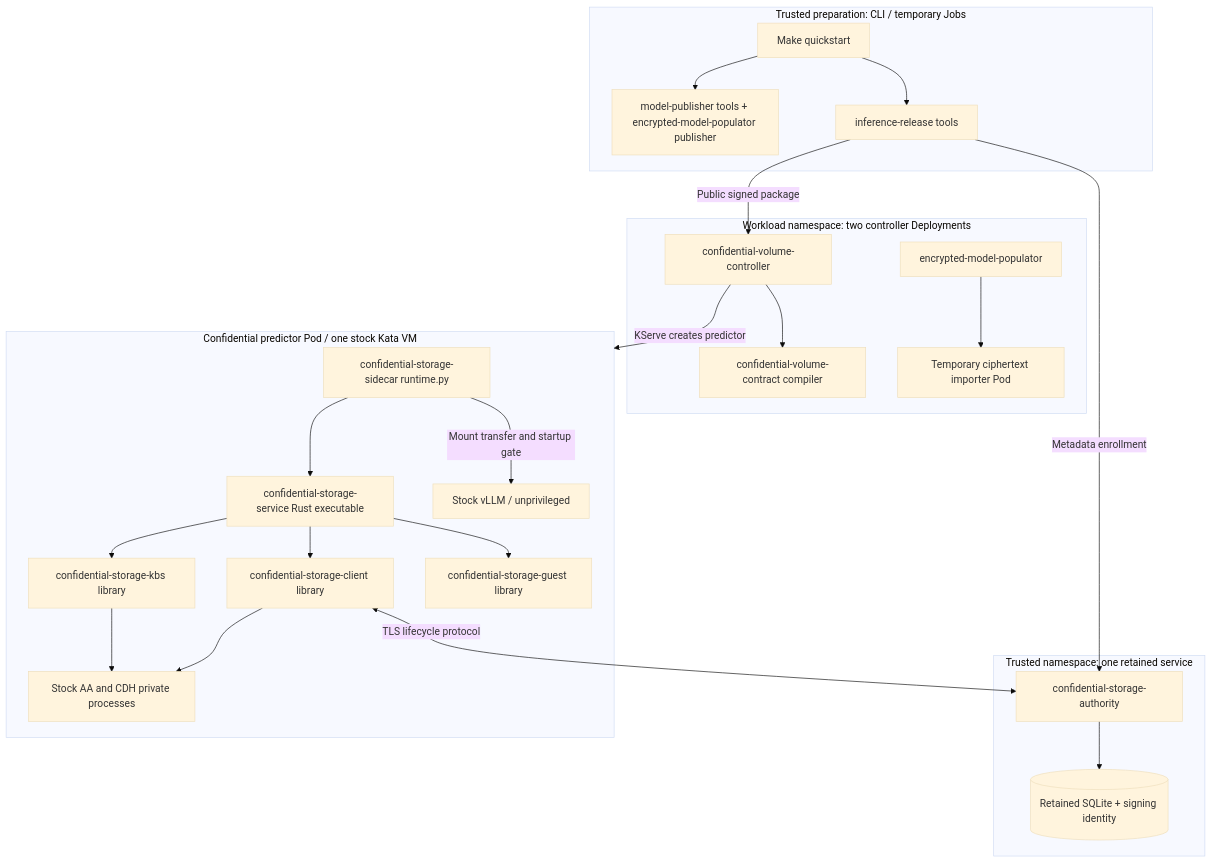
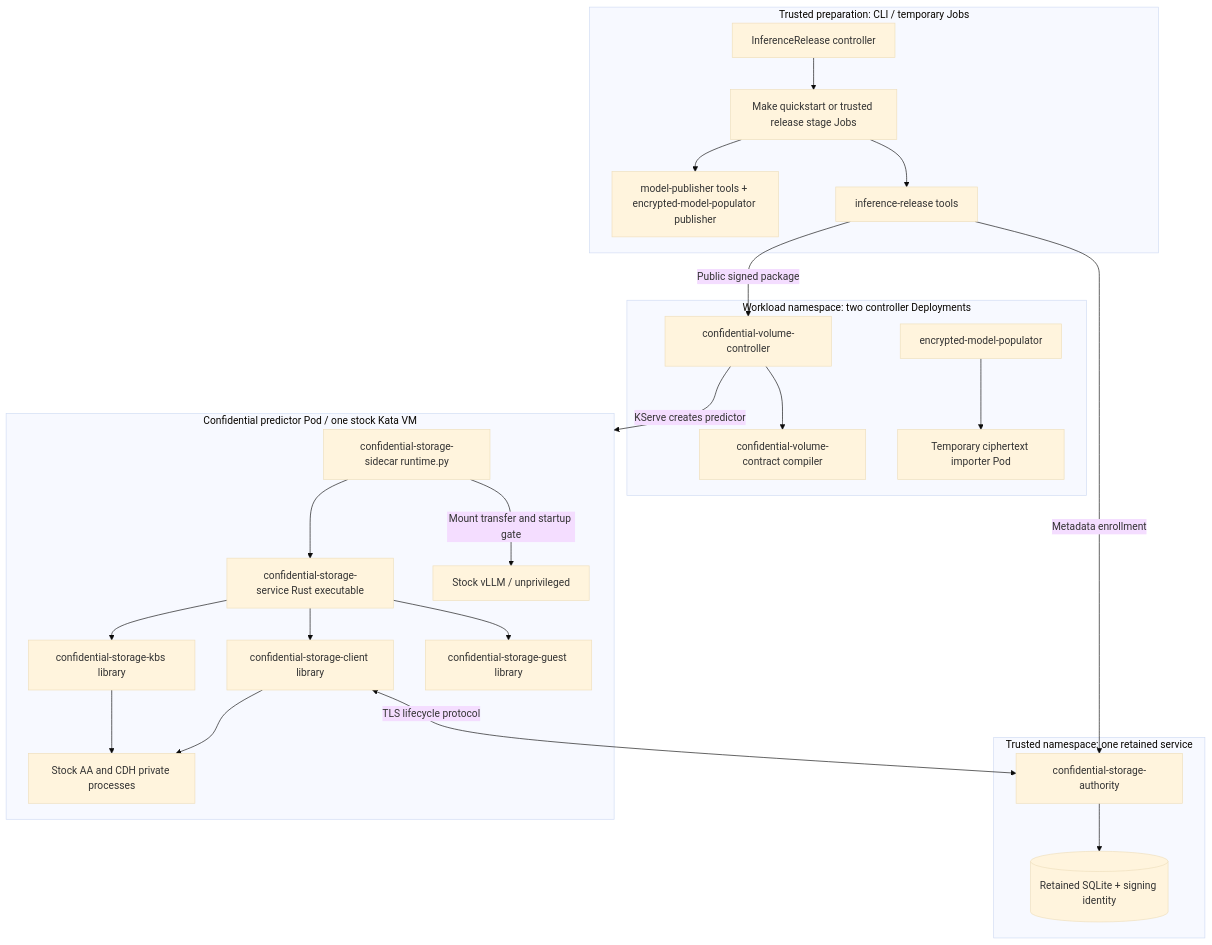
One commit to pmatouse/confidential-inference-pattern changed the diagram in docs/components.md. Above: the diagram before and after it, drawn with Mermaid (base theme). The commit also changed other lines of this file and 25 other files, not shown here.

Commit message:
Add trusted InferenceRelease controller and staged executor

````diff
--- a/docs/components.md
+++ b/docs/components.md
@@ -10,42 +10,43 @@
 ```mermaid
 flowchart TB
   subgraph Prep[Trusted preparation: CLI / temporary Jobs]
-    Q[Make quickstart]
+    Q[Make quickstart or trusted release stage Jobs]
+    RC[InferenceRelease controller] --> Q
     P[model-publisher tools + encrypted-model-populator publisher]
     R[inference-release tools]
     Q --> P
     Q --> R
   end
   subgraph Control[Workload namespace: two controller Deployments]
     C[confidential-volume-controller]
     Contract[confidential-volume-contract compiler]
     Pop[encrypted-model-populator]
     C --> Contract
     Pop --> Job[Temporary ciphertext importer Pod]
   end
   subgraph Trust[Trusted namespace: one retained service]
     A[confidential-storage-authority]
     DB[(Retained SQLite + signing identity)]
     A --> DB
   end
   subgraph Guest[Confidential predictor Pod / one stock Kata VM]
     H[confidential-storage-sidecar runtime.py]
     S[confidential-storage-service Rust executable]
     Client[confidential-storage-client library]
     Key[confidential-storage-kbs library]
     Disk[confidential-storage-guest library]
     AA[Stock AA and CDH private processes]
     App[Stock vLLM / unprivileged]
     H --> S
     S --> Client
     S --> Key
     S --> Disk
     Client --> AA
     Key --> AA
     H -->|Mount transfer and startup gate| App
   end
   R -->|Public signed package| C
   R -->|Metadata enrollment| A
   C -->|KServe creates predictor| Guest
   Client <-->|TLS lifecycle protocol| A
 ```
````
